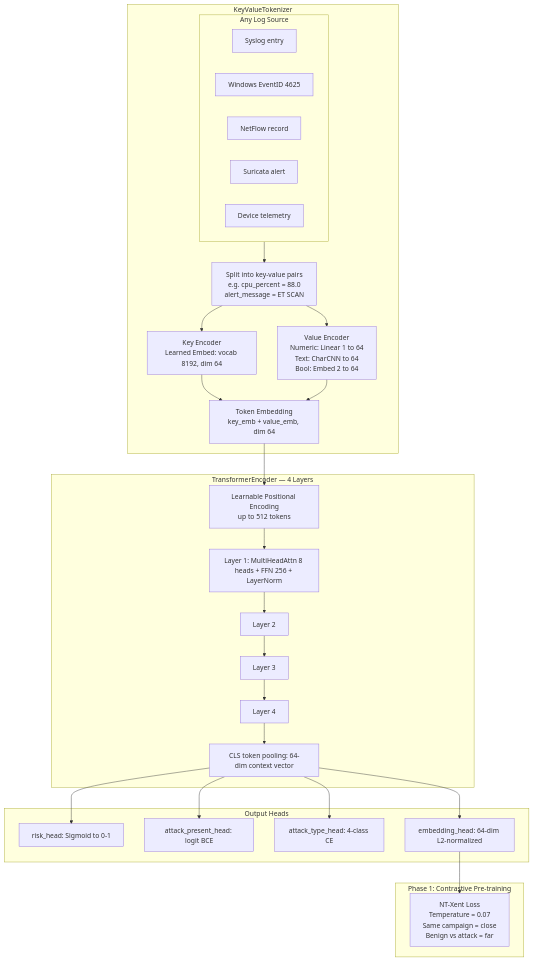
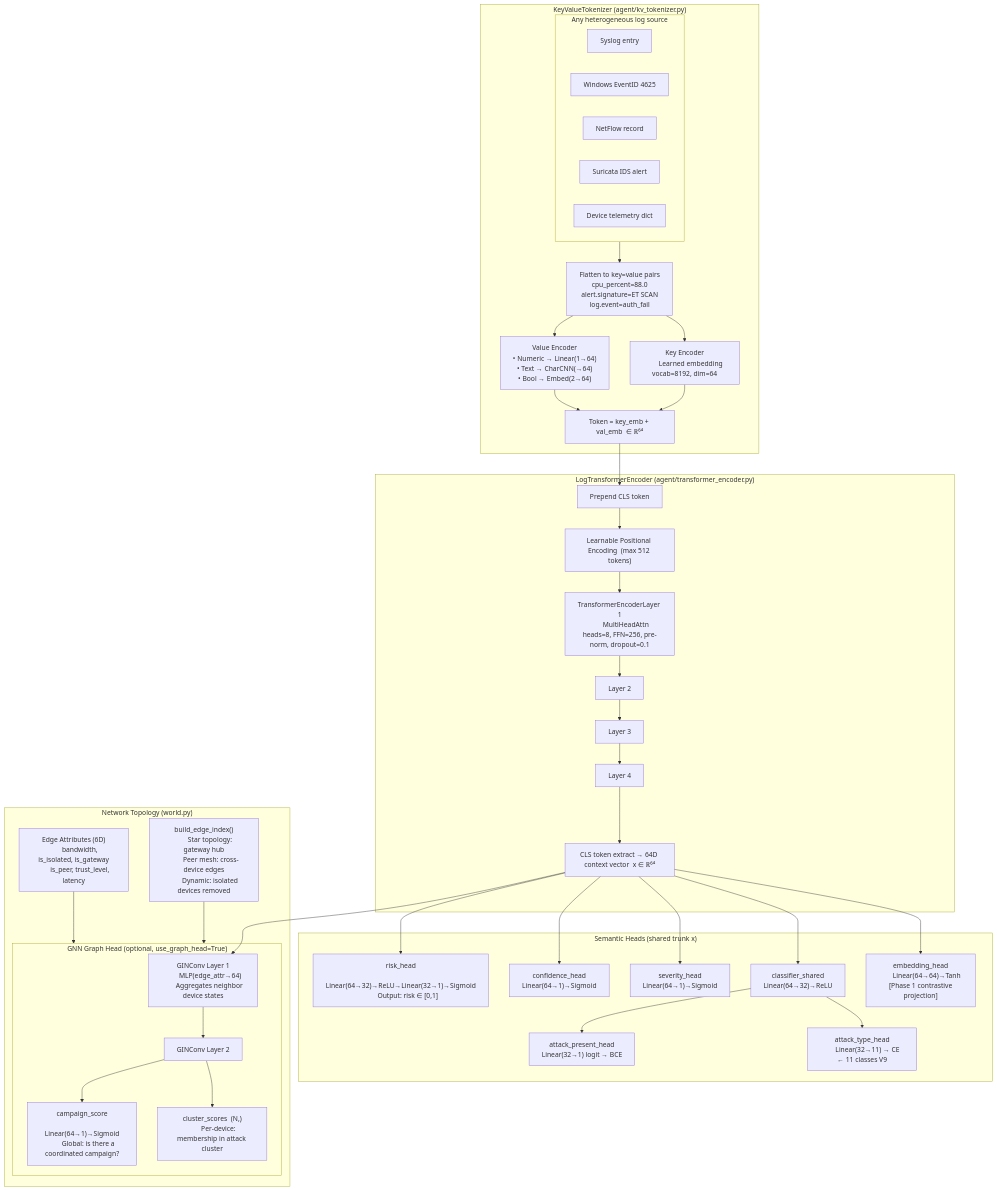
One commit to didi-09/AI_DRIVEN_SOAR changed the fifth of 14 diagrams in README.md. Above: the diagram before and after it, drawn with Mermaid. The commit also changed other lines of this file, not shown here.

````diff
--- a/README.md
+++ b/README.md
@@ -116,38 +198,77 @@
 ```mermaid
 flowchart TD
-    subgraph ANY["Any Log Source"]
+    subgraph INPUT["Any heterogeneous log source"]
         SYSLOG["Syslog entry"]
         WINLOG["Windows EventID 4625"]
         NETFLOW["NetFlow record"]
-        SURICATA["Suricata alert"]
-        TELEM["Device telemetry"]
+        SURICATA["Suricata IDS alert"]
+        TELEM["Device telemetry dict"]
     end
 
-    subgraph TOK["KeyValueTokenizer"]
-        ANY --> KVP["Split into key-value pairs<br/>e.g. cpu_percent = 88.0<br/>alert_message = ET SCAN"]
-        KVP --> KENC["Key Encoder<br/>Learned Embed: vocab 8192, dim 64"]
-        KVP --> VENC["Value Encoder<br/>Numeric: Linear 1 to 64<br/>Text: CharCNN to 64<br/>Bool: Embed 2 to 64"]
-        KENC --> SUM["Token Embedding<br/>key_emb + value_emb, dim 64"]
-        VENC --> SUM
+    subgraph TOK["KeyValueTokenizer  (agent/kv_tokenizer.py)"]
+        INPUT --> KVP["Flatten to key=value pairs
+        cpu_percent=88.0
+        alert.signature=ET SCAN
+        log.event=auth_fail"]
+        KVP --> KENC["Key Encoder
+        Learned embedding vocab=8192, dim=64"]
+        KVP --> VENC["Value Encoder
+        • Numeric  → Linear(1→64)
+        • Text        → CharCNN(→64)
+        • Bool        → Embed(2→64)"]
+        KENC --> ADD["Token = key_emb + val_emb  ∈ ℝ⁶⁴"]
+        VENC --> ADD
     end
 
-    subgraph TFM["TransformerEncoder — 4 Layers"]
-        SUM --> PE["Learnable Positional Encoding<br/>up to 512 tokens"]
-        PE --> TL1["Layer 1: MultiHeadAttn 8 heads + FFN 256 + LayerNorm"]
-        TL1 --> TL2["Layer 2"]
-        TL2 --> TL3["Layer 3"]
-        TL3 --> TL4["Layer 4"]
-        TL4 --> POOL["CLS token pooling: 64-dim context vector"]
+    subgraph ENC["LogTransformerEncoder  (agent/transformer_encoder.py)"]
+        ADD --> CLS["Prepend CLS token"]
+        CLS --> PE["Learnable Positional Encoding  (max 512 tokens)"]
+        PE --> L1["TransformerEncoderLayer 1
+        MultiHeadAttn heads=8, FFN=256, pre-norm, dropout=0.1"]
+        L1 --> L2["Layer 2"]
+        L2 --> L3["Layer 3"]
+        L3 --> L4["Layer 4"]
+        L4 --> POOL["CLS token extract → 64D context vector  x ∈ ℝ⁶⁴"]
     end
 
-    subgraph HEADS["Output Heads"]
-        POOL --> RH["risk_head: Sigmoid to 0-1"]
-        POOL --> APH["attack_present_head: logit BCE"]
-        POOL --> ATH["attack_type_head: 4-class CE"]
-        POOL --> EH["embedding_head: 64-dim L2-normalized"]
+    subgraph HEADS["Semantic Heads  (shared trunk x)"]
+        POOL --> RH["risk_head
+        Linear(64→32)→ReLU→Linear(32→1)→Sigmoid
+        Output: risk ∈ [0,1]"]
+        POOL --> CH["confidence_head
+        Linear(64→1)→Sigmoid"]
+        POOL --> SH["severity_head
+        Linear(64→1)→Sigmoid"]
+        POOL --> CLS_SHARED["classifier_shared
+        Linear(64→32)→ReLU"]
+        CLS_SHARED --> APH["attack_present_head
+        Linear(32→1) logit → BCE"]
+        CLS_SHARED --> ATH["attack_type_head
+        Linear(32→11) → CE  ← 11 classes V9"]
+        POOL --> EH["embedding_head
+        Linear(64→64)→Tanh  [Phase 1 contrastive projection]"]
     end
 
-    subgraph CON["Phase 1: Contrastive Pre-training"]
-        EH --> NT["NT-Xent Loss<br/>Temperature = 0.07<br/>Same campaign = close<br/>Benign vs attack = far"]
+    subgraph GNN["GNN Graph Head  (optional, use_graph_head=True)"]
+        POOL --> GIN1["GINConv Layer 1
+        MLP(edge_attr→64)
+        Aggregates neighbor device states"]
+        GIN1 --> GIN2["GINConv Layer 2"]
+        GIN2 --> CAMP["campaign_score
+        Linear(64→1)→Sigmoid
+        Global: is there a coordinated campaign?"]
+        GIN2 --> CLUST["cluster_scores  (N,)
+        Per-device: membership in attack cluster"]
+    end
+
+    subgraph TOPO["Network Topology  (world.py)"]
+        EDGE_IDX["build_edge_index()
+        Star topology: gateway hub
+        Peer mesh: cross-device edges
+        Dynamic: isolated devices removed"]
+        EDGE_ATTR["Edge Attributes (6D)
+        bandwidth, is_isolated, is_gateway
+        is_peer, trust_level, latency"]
+        EDGE_IDX & EDGE_ATTR --> GNN
     end
 ```
````
